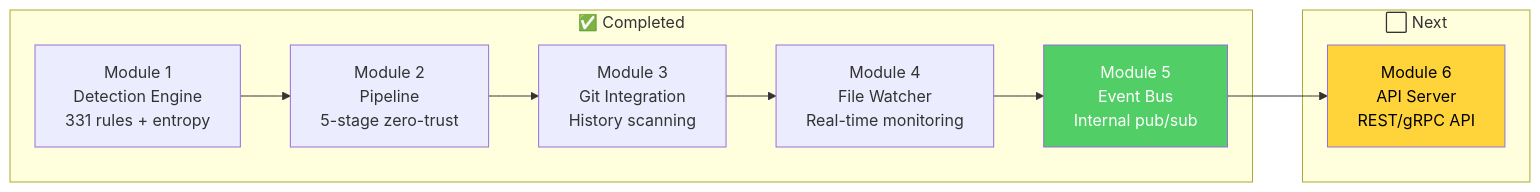
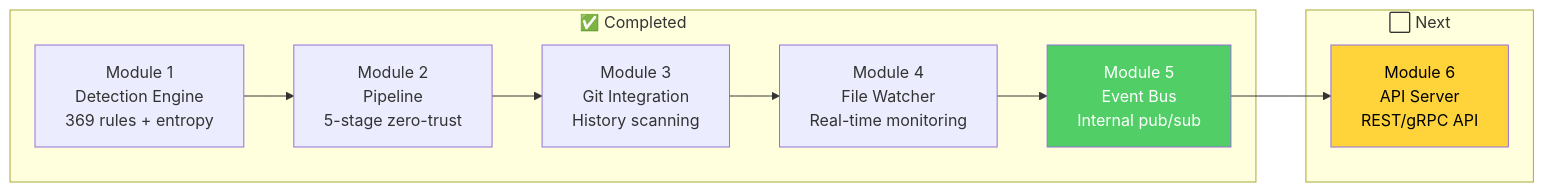
One commit to svemulapati/CredVigil changed diagram 16 of 17 in docs/training/05-event-bus.md. Above: the diagram before and after it, drawn with Mermaid. The commit also changed other lines of this file and 20 other files, not shown here.

````diff
--- a/docs/training/05-event-bus.md
+++ b/docs/training/05-event-bus.md
@@ -1426,16 +1426,16 @@
 ```mermaid
 flowchart LR
     subgraph DONE["✅ Completed"]
-        M1["Module 1<br/>Detection Engine<br/>331 rules + entropy"]
+        M1["Module 1<br/>Detection Engine<br/>369 rules + entropy"]
         M2["Module 2<br/>Pipeline<br/>5-stage zero-trust"]
         M3["Module 3<br/>Git Integration<br/>History scanning"]
         M4["Module 4<br/>File Watcher<br/>Real-time monitoring"]
         M5["Module 5<br/>Event Bus<br/>Internal pub/sub"]
     end
     subgraph NEXT["⬜ Next"]
         M6["Module 6<br/>API Server<br/>REST/gRPC API"]
     end
     M1 --> M2 --> M3 --> M4 --> M5 --> M6
     style M5 fill:#51cf66,color:white
     style M6 fill:#ffd43b,color:black
 ```
````
